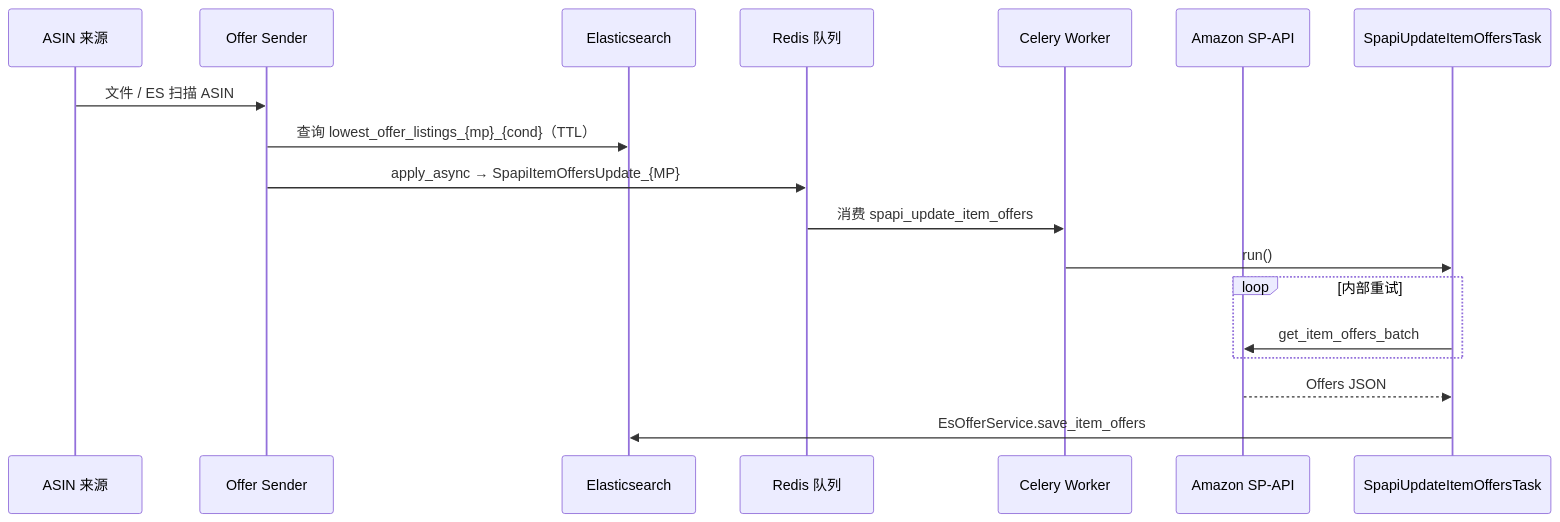
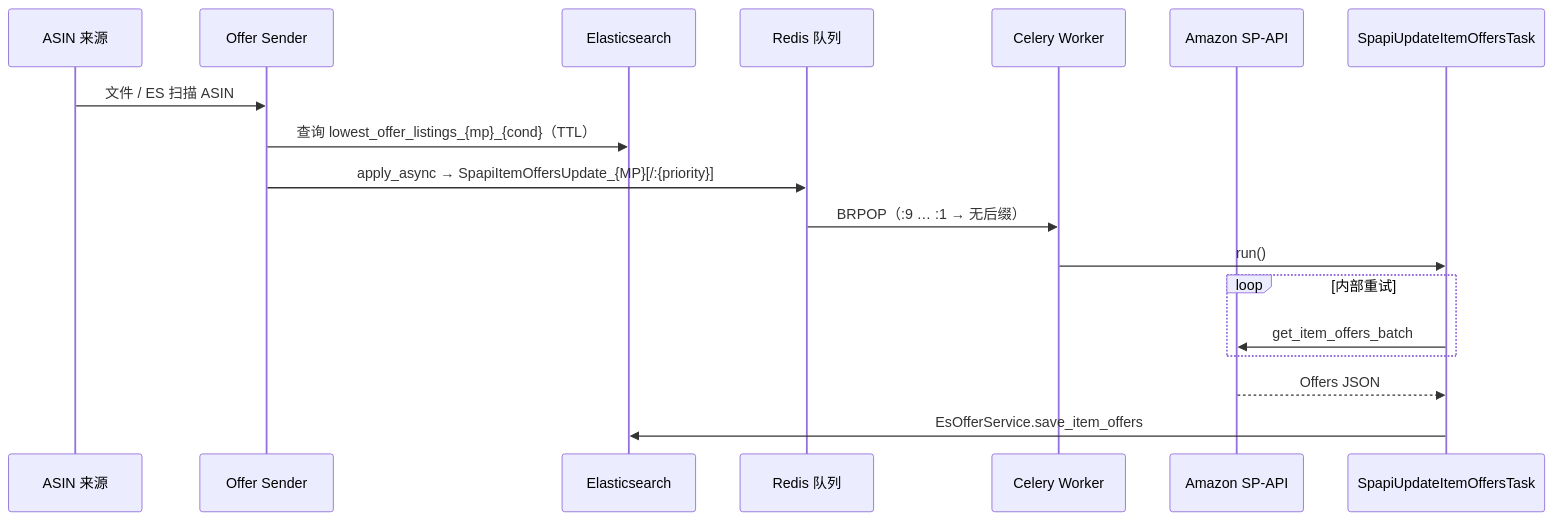
Before and after one commit to AriseshineSky/em-spapi-celery: the fourth of 9 diagrams in docs/TECHNICAL.md, drawn with Mermaid. The commit also changed other lines of this file and 35 other files, not shown here.

````diff
--- a/docs/TECHNICAL.md
+++ b/docs/TECHNICAL.md
@@ -154,21 +166,21 @@
 ```mermaid
 sequenceDiagram
     participant Src as ASIN 来源
     participant Sender as Offer Sender
     participant ES as Elasticsearch
     participant Redis as Redis 队列
     participant Worker as Celery Worker
     participant API as Amazon SP-API
     participant Task as SpapiUpdateItemOffersTask
 
     Src->>Sender: 文件 / ES 扫描 ASIN
     Sender->>ES: 查询 lowest_offer_listings_{mp}_{cond}（TTL）
-    Sender->>Redis: apply_async → SpapiItemOffersUpdate_{MP}
-    Redis->>Worker: 消费 spapi_update_item_offers
+    Sender->>Redis: apply_async → SpapiItemOffersUpdate_{MP}[/:{priority}]
+    Redis->>Worker: BRPOP（:9 … :1 → 无后缀）
     Worker->>Task: run()
     loop 内部重试
         Task->>API: get_item_offers_batch
     end
     API-->>Task: Offers JSON
     Task->>ES: EsOfferService.save_item_offers
 ```
````
